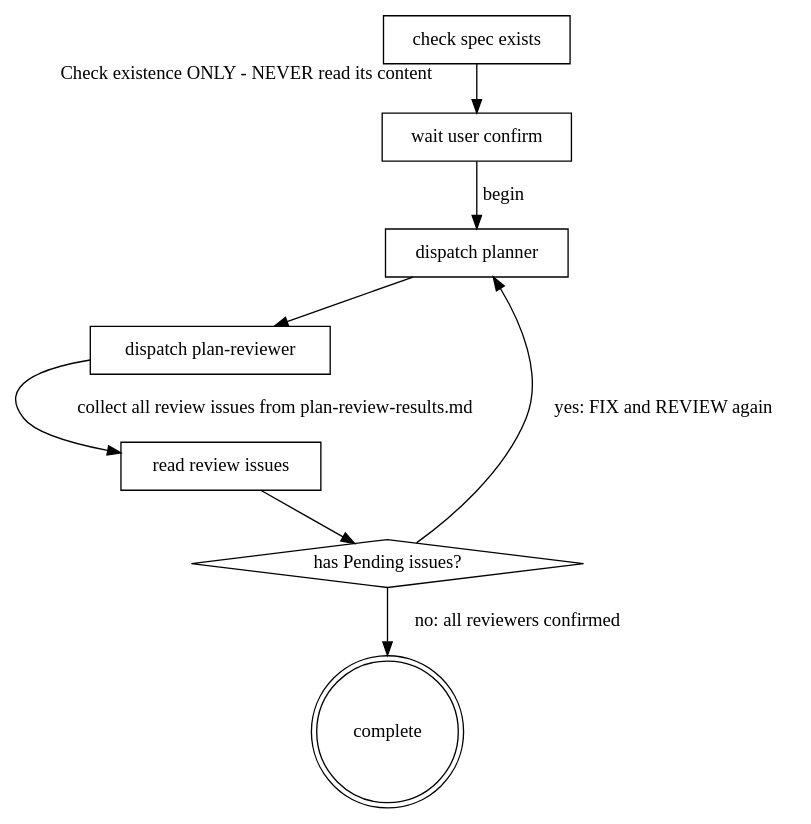
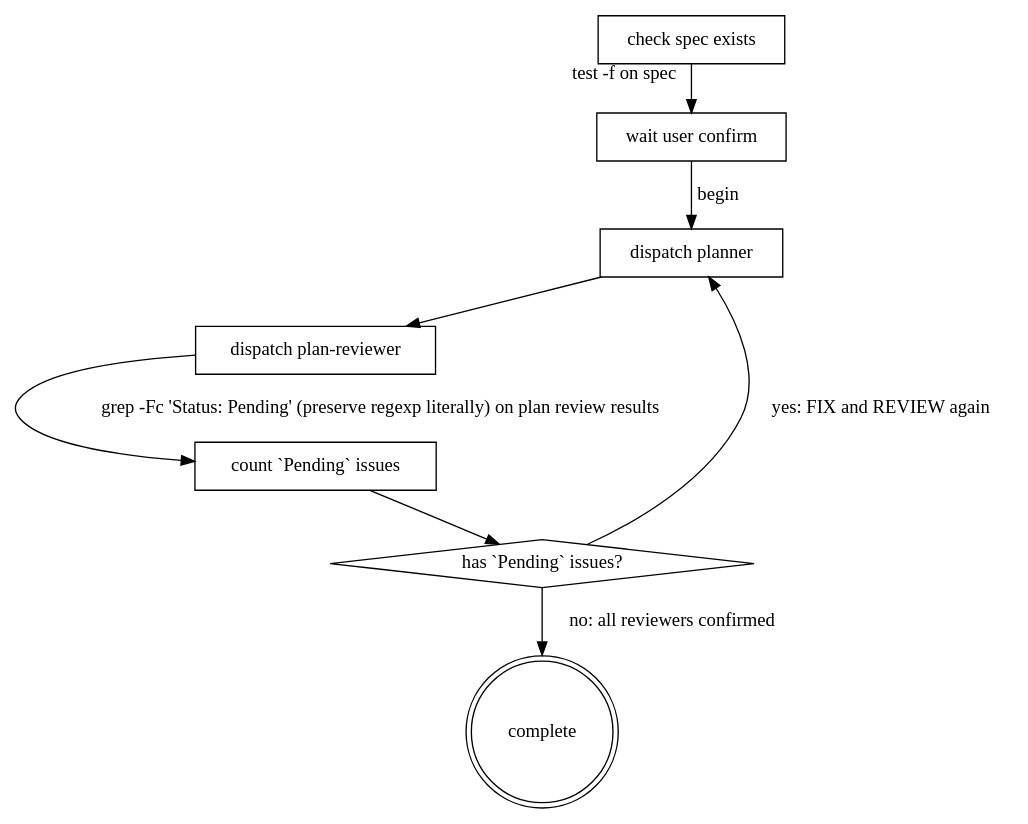
The diagram in skills/planning/SKILL.md (abadcafe/superteam), drawn with Graphviz before and after one commit. The commit also changed 7 other files, not shown here.

````diff
--- a/skills/planning/SKILL.md
+++ b/skills/planning/SKILL.md
@@ -41,19 +41,19 @@
 ```dot
 digraph planning_flow {
   "check spec exists" [shape=box]
   "wait user confirm" [shape=box]
   "dispatch planner" [shape=box]
   "dispatch plan-reviewer" [shape=box]
-  "read review issues" [shape=box]
-  "has Pending issues?" [shape=diamond]
+  "count `Pending` issues" [shape=box]
+  "has `Pending` issues?" [shape=diamond]
   "complete" [shape=doublecircle]
 
-  "check spec exists" -> "wait user confirm" [taillabel="Check existence ONLY - NEVER read its content"]
+  "check spec exists" -> "wait user confirm" [taillabel="test -f on spec"]
   "wait user confirm" -> "dispatch planner" [label="begin"]
   "dispatch planner" -> "dispatch plan-reviewer"
-  "dispatch plan-reviewer" -> "read review issues" [label="collect all review issues from plan-review-results.md"]
-  "read review issues" -> "has Pending issues?"
-  "has Pending issues?" -> "dispatch planner" [label="yes: FIX and REVIEW again"]
-  "has Pending issues?" -> "complete" [label="no: all reviewers confirmed"]
+  "dispatch plan-reviewer" -> "count `Pending` issues" [label="grep -Fc 'Status: Pending' (preserve regexp literally) on plan review results"]
+  "count `Pending` issues" -> "has `Pending` issues?"
+  "has `Pending` issues?" -> "dispatch planner" [label="yes: FIX and REVIEW again"]
+  "has `Pending` issues?" -> "complete" [label="no: all reviewers confirmed"]
 }
 ```
````
